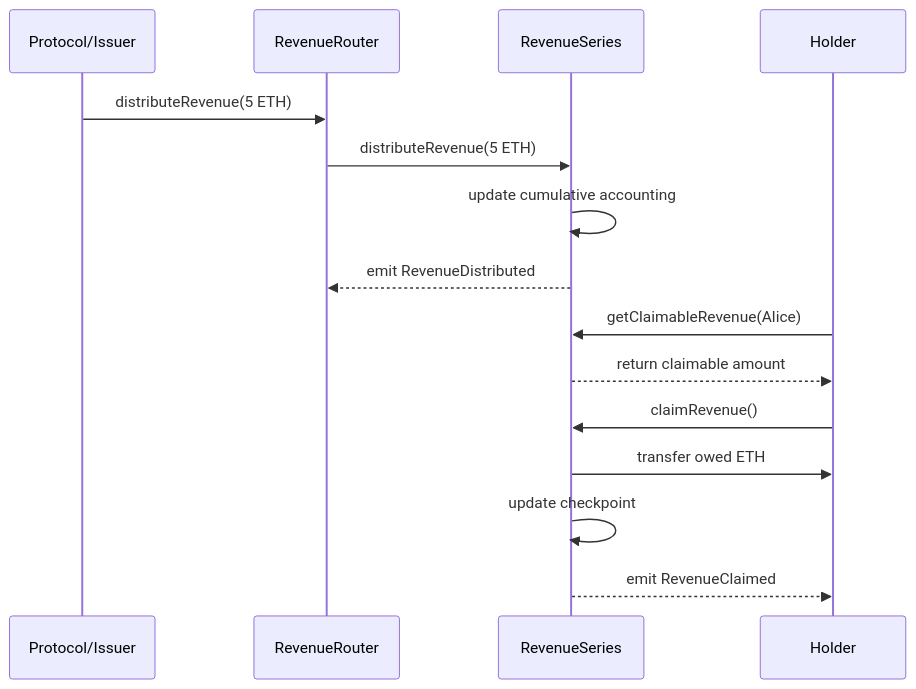
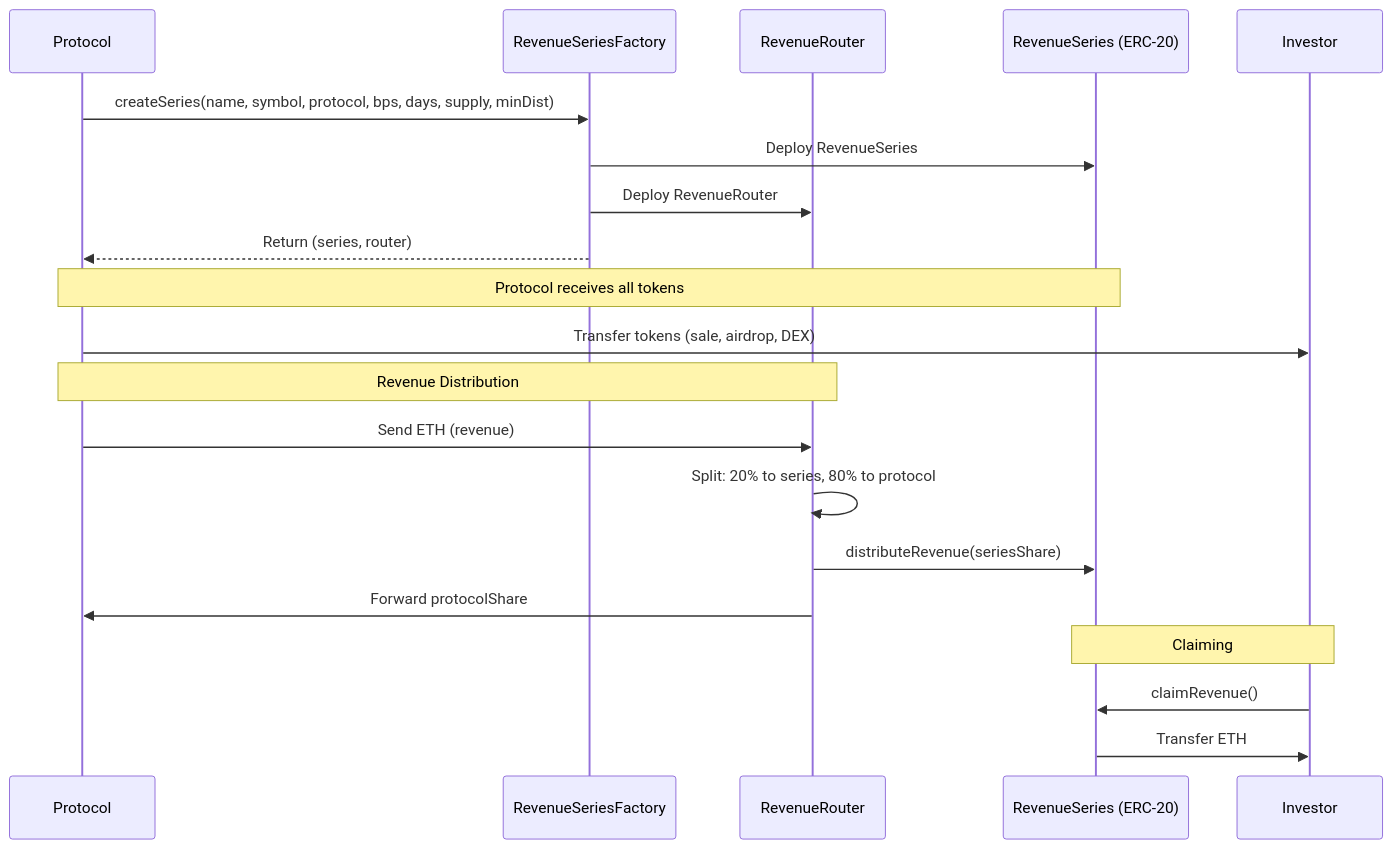
The third of 10 diagrams in WHITEPAPER.md (EquorumProtocol/Equorum-Revenue-Bonds), drawn with Mermaid before and after one commit. The commit also changed other lines of this file and 108 other files, not shown here.

````diff
--- a/WHITEPAPER.md
+++ b/WHITEPAPER.md
@@ -148,20 +129,23 @@
 ```mermaid
 sequenceDiagram
-  participant Issuer as Protocol/Issuer
-  participant Router as RevenueRouter
-  participant Series as RevenueSeries
-  participant Alice as Holder
+    participant P as Protocol
+    participant F as RevenueSeriesFactory
+    participant R as RevenueRouter
+    participant S as RevenueSeries (ERC-20)
+    participant I as Investor
 
-  Issuer->>Router: distributeRevenue(5 ETH)
-  Router->>Series: distributeRevenue(5 ETH)
-  Series->>Series: update cumulative accounting
-  Series-->>Router: emit RevenueDistributed
-
-  Alice->>Series: getClaimableRevenue(Alice)
-  Series-->>Alice: return claimable amount
-
-  Alice->>Series: claimRevenue()
-  Series->>Alice: transfer owed ETH
-  Series->>Series: update checkpoint
-  Series-->>Alice: emit RevenueClaimed
+    P->>F: createSeries(name, symbol, protocol, bps, days, supply, minDist)
+    F->>S: Deploy RevenueSeries
+    F->>R: Deploy RevenueRouter
+    F-->>P: Return (series, router)
+    Note over P,S: Protocol receives all tokens
+    P->>I: Transfer tokens (sale, airdrop, DEX)
+    Note over P,R: Revenue Distribution
+    P->>R: Send ETH (revenue)
+    R->>R: Split: 20% to series, 80% to protocol
+    R->>S: distributeRevenue(seriesShare)
+    R->>P: Forward protocolShare
+    Note over I,S: Claiming
+    I->>S: claimRevenue()
+    S->>I: Transfer ETH
 ```
````
